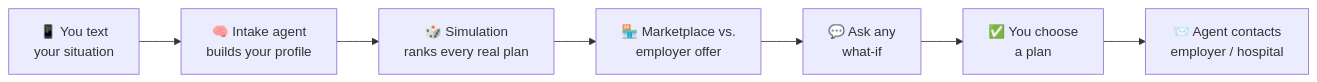
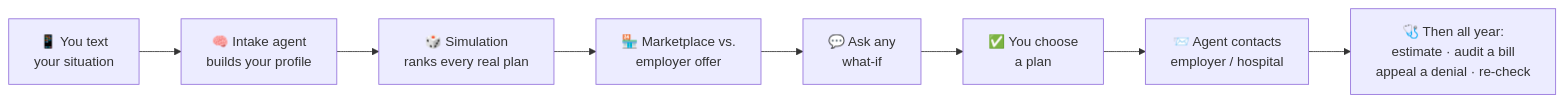
Before and after one commit to aravinds-kannappan/Covera: the first of 3 diagrams in README.md, drawn with Mermaid. The commit also changed other lines of this file and 2 other files, not shown here.

````diff
--- a/README.md
+++ b/README.md
@@ -12,9 +14,10 @@
 ```mermaid
 flowchart LR
   A["📱 You text<br/>your situation"] --> B["🧠 Intake agent<br/>builds your profile"]
   B --> C["🎲 Simulation<br/>ranks every real plan"]
   C --> D["🏪 Marketplace vs.<br/>employer offer"]
   D --> E["💬 Ask any<br/>what-if"]
   E --> F["✅ You choose<br/>a plan"]
   F --> G["📨 Agent contacts<br/>employer / hospital"]
+  G --> H["🩺 Then all year:<br/>estimate · audit a bill<br/>appeal a denial · re-check"]
 ```
````
